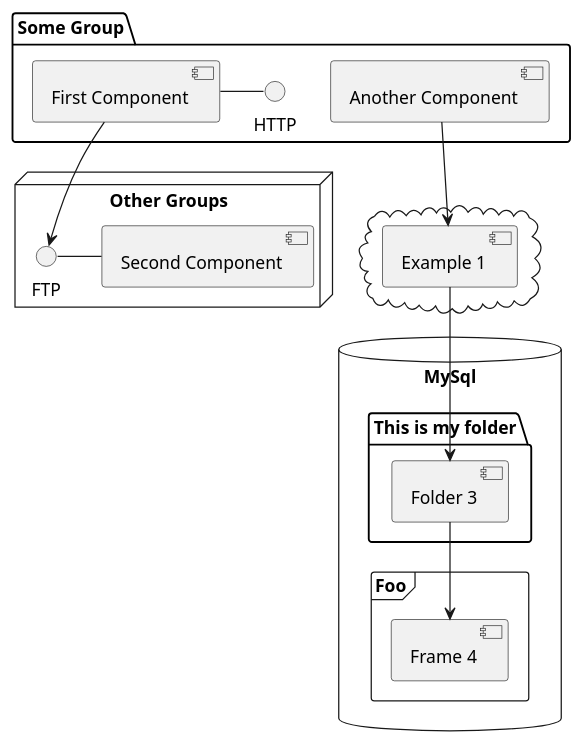
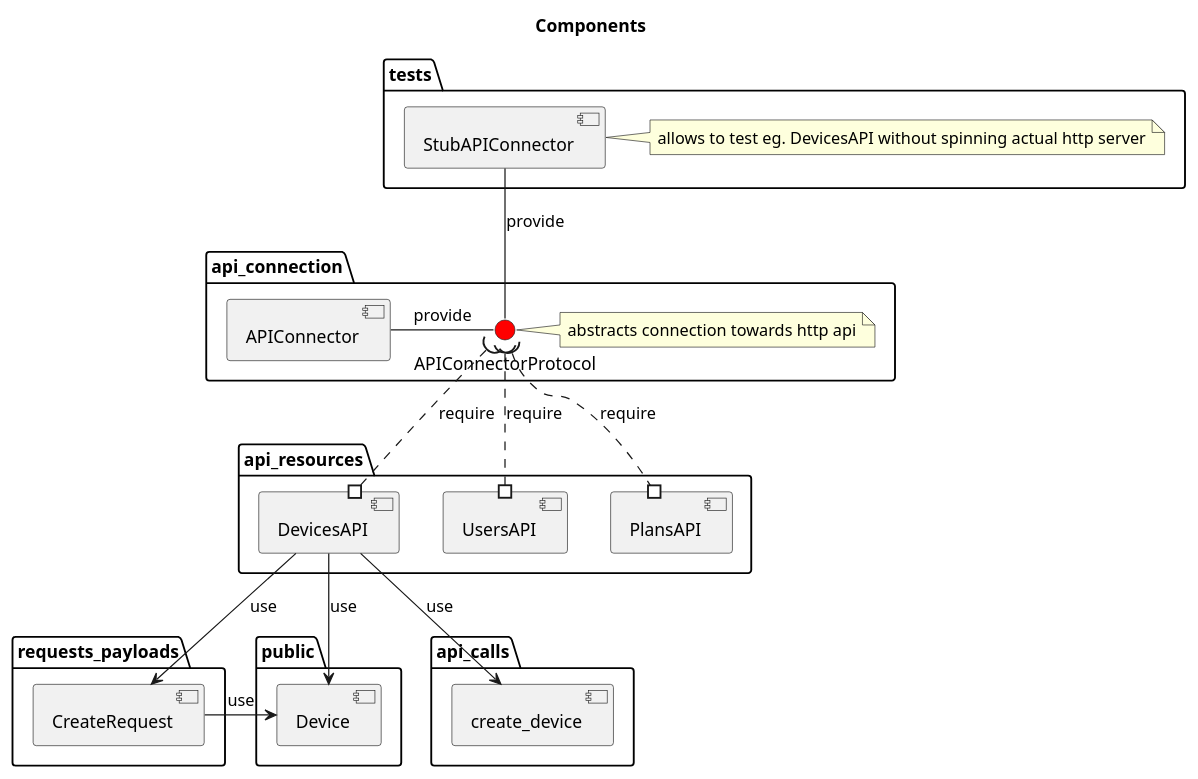
The diagram in PlantUML/component.puml (mateuszmidor/ArchStudy), drawn with PlantUML before and after one commit. The commit also changed 2 other files, not shown here.

Commit message:
Added component diagram to README.md

```diff
--- a/PlantUML/component.puml
+++ b/PlantUML/component.puml
@@ -1,34 +1,37 @@
 @startuml component
 
-skinparam monochrome true
+title Components 
 
-package "Some Group" {
-  HTTP - [First Component]
-  [Another Component]
+package "api_connection" {
+    interface APIConnectorProtocol #red 
+    note right: abstracts connection towards http api
+    [APIConnector] - APIConnectorProtocol: provide
 }
 
-node "Other Groups" {
-  FTP - [Second Component]
-  [First Component] --> FTP
+package "tests" {
+    component StubAPIConnector
+    note right: allows to test eg. DevicesAPI without spinning actual http server
+    [StubAPIConnector] -- APIConnectorProtocol: provide
+}
+package "api_resources" {
+    APIConnectorProtocol )..# [DevicesAPI]: require
+    APIConnectorProtocol )..# [UsersAPI]: require
+    APIConnectorProtocol )..# [PlansAPI]: require
 }
 
-cloud {
-  [Example 1]
+package "public" {
+    [Device]
 }
 
-
-database "MySql" {
-  folder "This is my folder" {
-    [Folder 3]
-  }
-  frame "Foo" {
-    [Frame 4]
-  }
+package "requests_payloads" {
+    [CreateRequest]
 }
 
-
-[Another Component] --> [Example 1]
-[Example 1] --> [Folder 3]
-[Folder 3] --> [Frame 4]
-
+package "api_calls" {
+    [create_device]
+}
+[DevicesAPI] --> [create_device]: use
+[DevicesAPI] --> [Device]: use
+[DevicesAPI] --> [CreateRequest]: use
+[CreateRequest] -> [Device]: use
 @enduml
```
